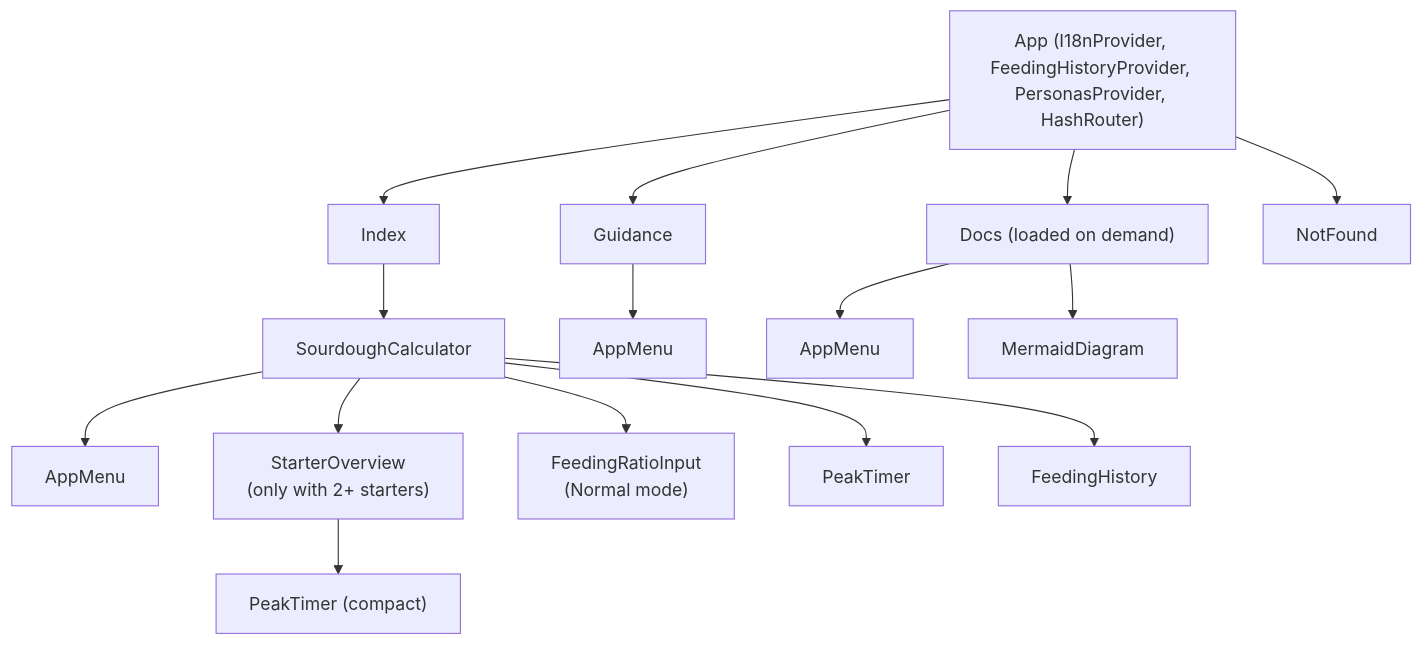
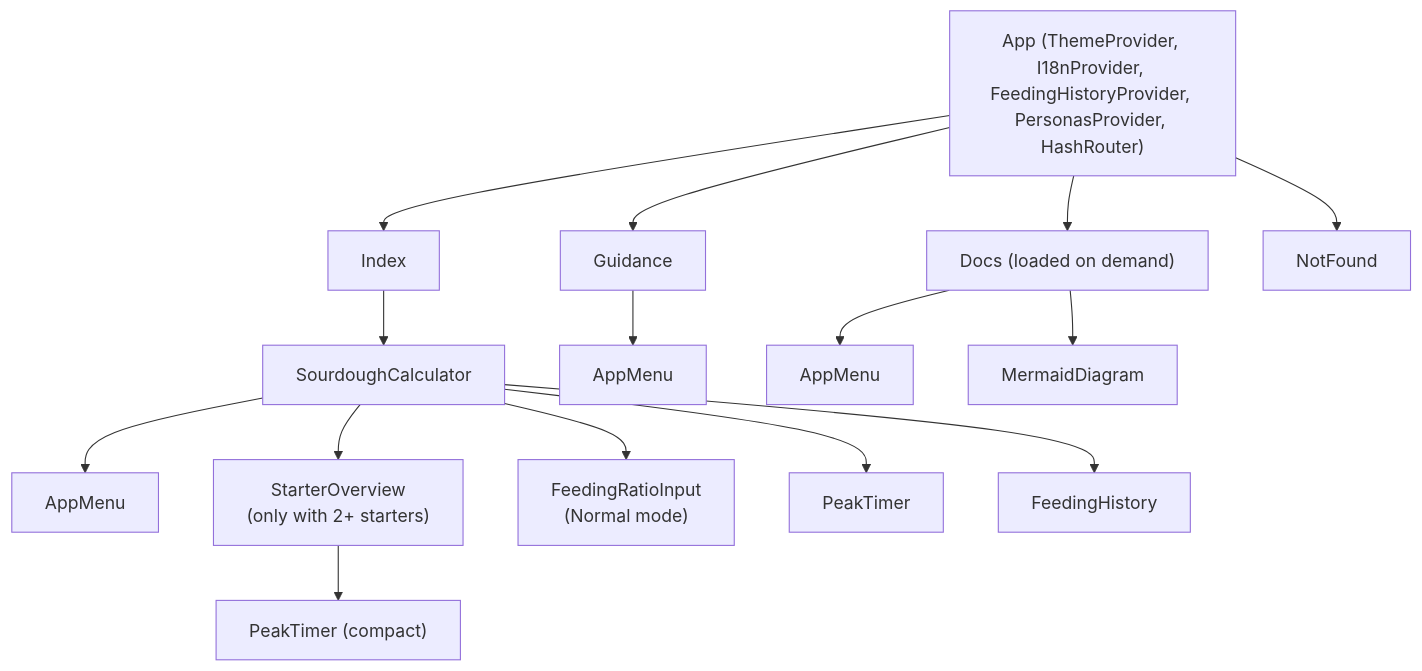
One commit to bendfeldt/sourdoughpeakplanner-ff7502f5 changed the second of 3 diagrams in docs/architecture.md. Above: the diagram before and after it, drawn with Mermaid. The commit also changed other lines of this file and 34 other files, not shown here.

````diff
--- a/docs/architecture.md
+++ b/docs/architecture.md
@@ -95,17 +96,17 @@
 ```mermaid
 flowchart TB
-    App["App (I18nProvider, FeedingHistoryProvider, PersonasProvider, HashRouter)"] --> Index
+    App["App (ThemeProvider, I18nProvider, FeedingHistoryProvider, PersonasProvider, HashRouter)"] --> Index
     App --> Guidance
     App --> Docs["Docs (loaded on demand)"]
     App --> NotFound
     Index --> SC["SourdoughCalculator"]
     SC --> Menu["AppMenu"]
     Guidance --> Menu2["AppMenu"]
     Docs --> Menu3["AppMenu"]
     Docs --> MD["MermaidDiagram"]
     SC --> SO["StarterOverview<br/>(only with 2+ starters)"]
     SC --> FRI["FeedingRatioInput<br/>(Normal mode)"]
     SC --> PT["PeakTimer"]
     SC --> FH["FeedingHistory"]
     SO --> PT2["PeakTimer (compact)"]
 ```
````
